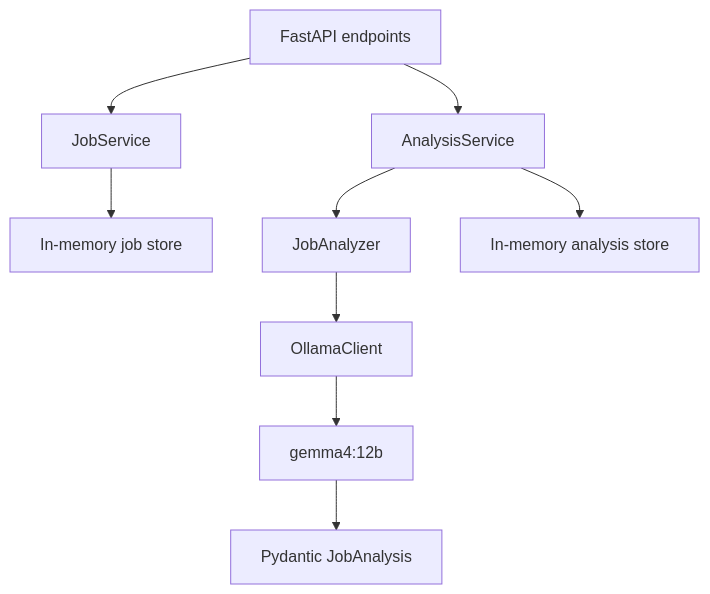
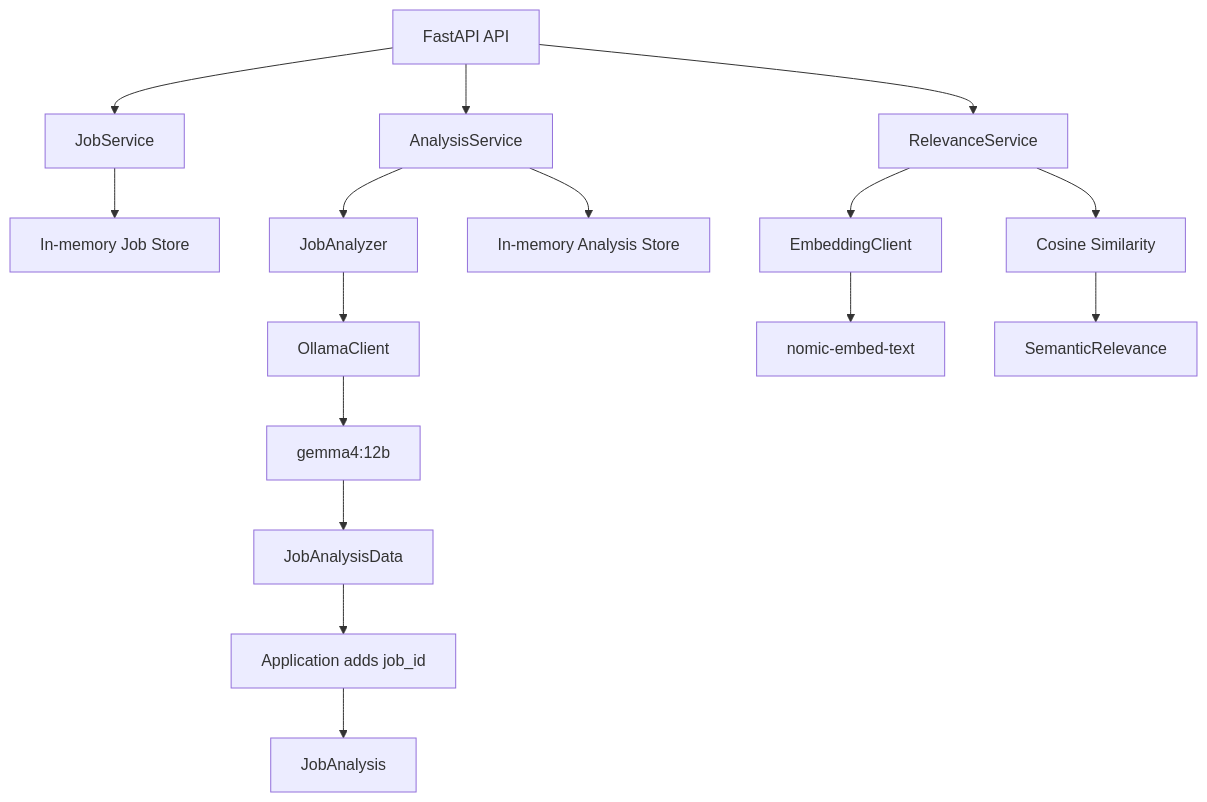
The diagram in README.md (AjBorbzz/JobSeekerIntelligence), drawn with Mermaid before and after one commit. The commit also changed other lines of this file and 11 other files, not shown here.

Commit message:
added test_semantic_relevance; Updated README.md

````diff
--- a/README.md
+++ b/README.md
@@ -39,11 +56,20 @@
 ```mermaid
 flowchart TD
-    A["FastAPI endpoints"] --> B["JobService"]
-    B --> C["In-memory job store"]
+    A["FastAPI API"] --> B["JobService"]
+    B --> C["In-memory Job Store"]
+
     A --> D["AnalysisService"]
     D --> E["JobAnalyzer"]
     E --> F["OllamaClient"]
     F --> G["gemma4:12b"]
-    G --> H["Pydantic JobAnalysis"]
-    D --> I["In-memory analysis store"]
+    G --> H["JobAnalysisData"]
+    H --> I["Application adds job_id"]
+    I --> J["JobAnalysis"]
+    D --> K["In-memory Analysis Store"]
+
+    A --> L["RelevanceService"]
+    L --> M["EmbeddingClient"]
+    M --> N["nomic-embed-text"]
+    L --> O["Cosine Similarity"]
+    O --> P["SemanticRelevance"]
 ```
````
